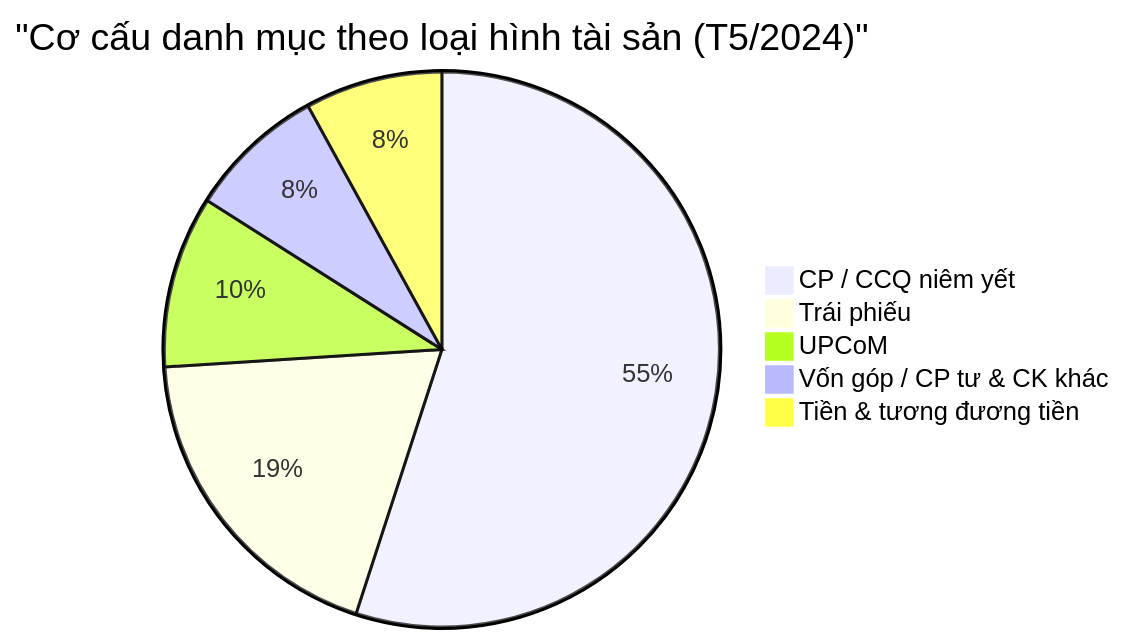
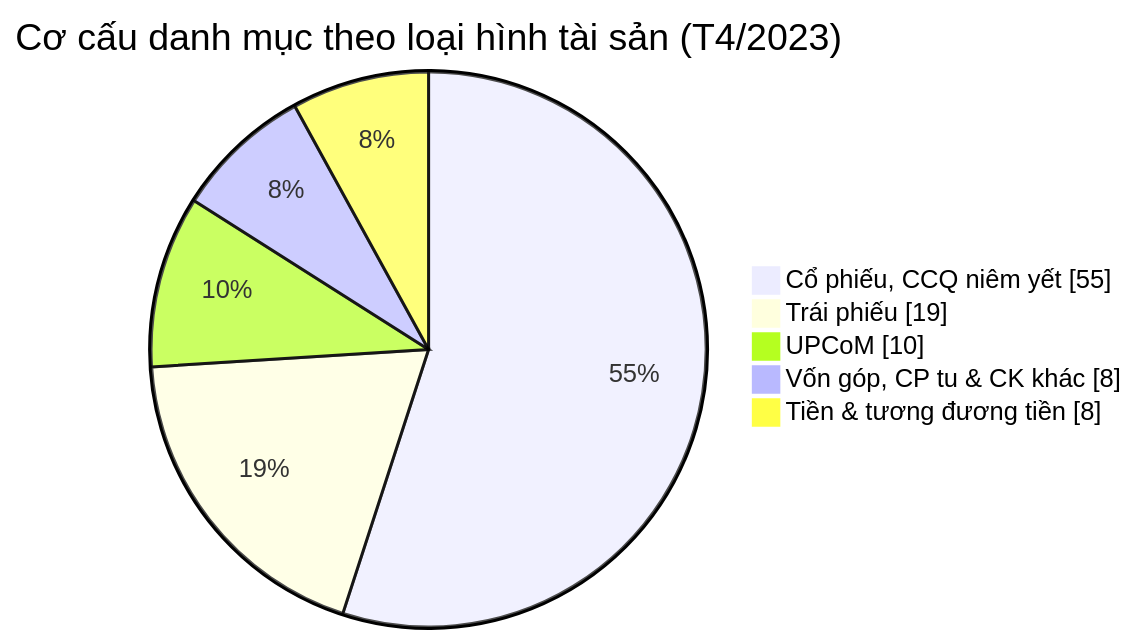
Before and after one commit to linhlvit/ubck_atomic_design: diagram 15 of 28 in Gold/hld/GOLD_NDTNN_HLD.md, drawn with Mermaid. The commit also changed other lines of this file and 12 other files, not shown here.

````diff
--- a/Gold/hld/GOLD_NDTNN_HLD.md
+++ b/Gold/hld/GOLD_NDTNN_HLD.md
@@ -430,8 +797,9 @@
 ```mermaid
-pie title "Cơ cấu danh mục theo loại hình tài sản (T5/2024)"
-    "CP / CCQ niêm yết" : 55
+pie showData
+    title Cơ cấu danh mục theo loại hình tài sản (T4/2023)
+    "Cổ phiếu, CCQ niêm yết" : 55
     "Trái phiếu" : 19
     "UPCoM" : 10
-    "Vốn góp / CP tư & CK khác" : 8
+    "Vốn góp, CP tu & CK khác" : 8
     "Tiền & tương đương tiền" : 8
 ```
````
